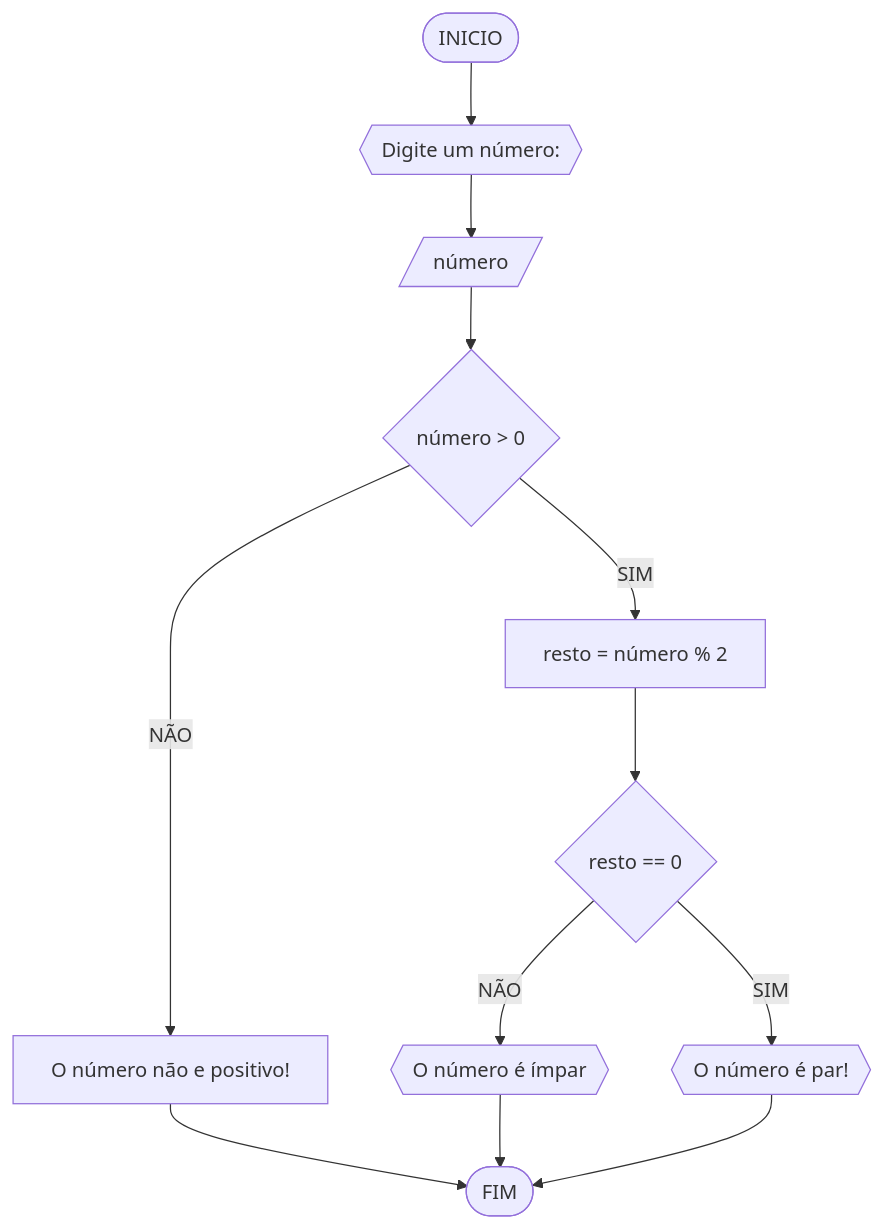
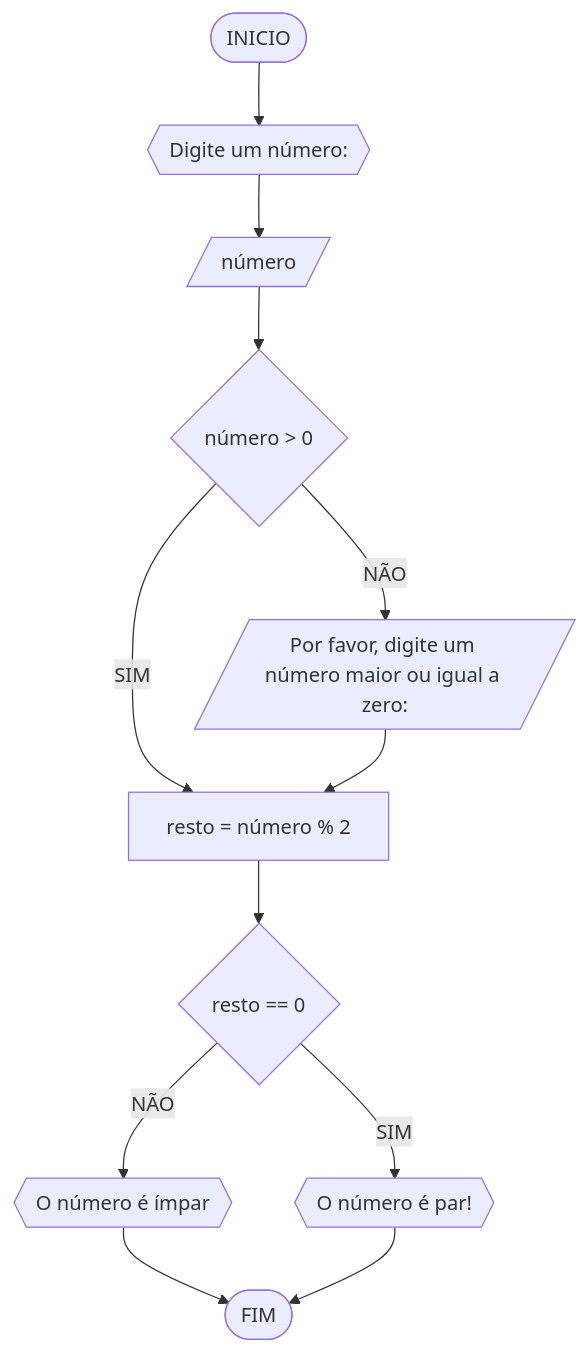
Before and after one commit to IamTheNewGhost57/Unifor: the first of 4 diagrams in RLA/Lista de Exercícios 03.md, drawn with Mermaid.

Commit message:
Update Lista de Exercícios 03.md

````diff
--- a/RLA/Lista de Exercícios 03.md
+++ b/RLA/Lista de Exercícios 03.md
@@ -10,14 +10,14 @@
 ```mermaid
 flowchart TD  
  A([INICIO]) --> B{{Digite um número: }}
   B --> C[/número/]
   C --> D{número > 0}
-  D --NÃO--> E[O número não e positivo!]
+  D --NÃO--> E[/Por favor, digite um número maior ou igual a zero:/]
   D --SIM--> F[resto = número % 2]
-  E --> Z([FIM])
+  E --> F
   F --> G{resto == 0}
   G --NÃO--> H{{O número é ímpar}}
   G --SIM--> I{{O número é par!}}
-  H --> Z
+  H --> Z([FIM])
   I --> Z
 ```
````
